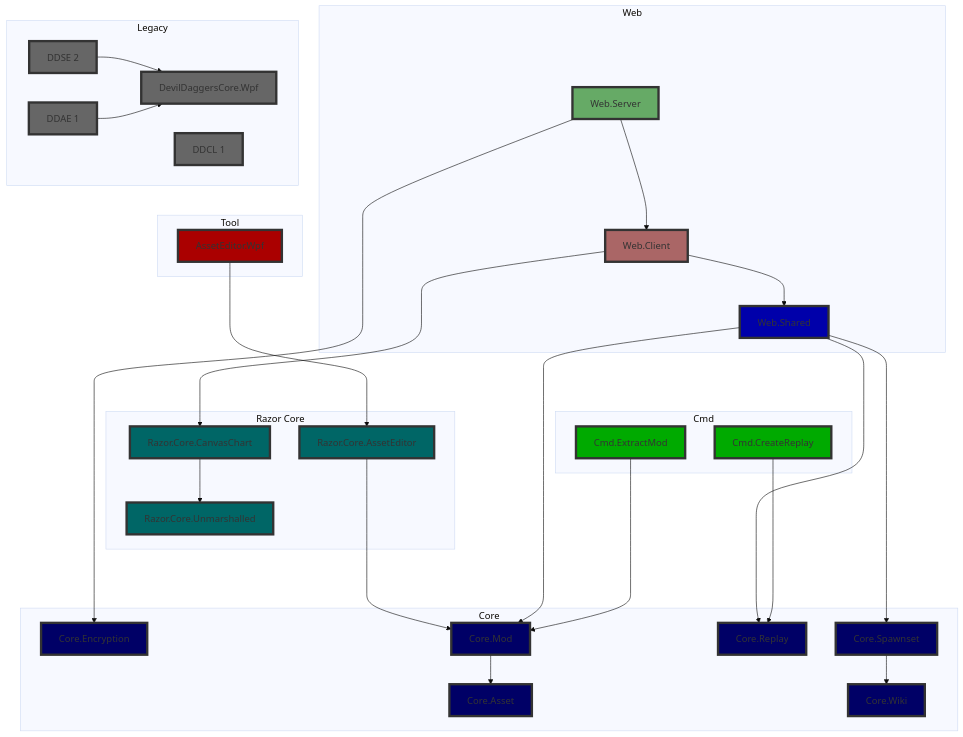
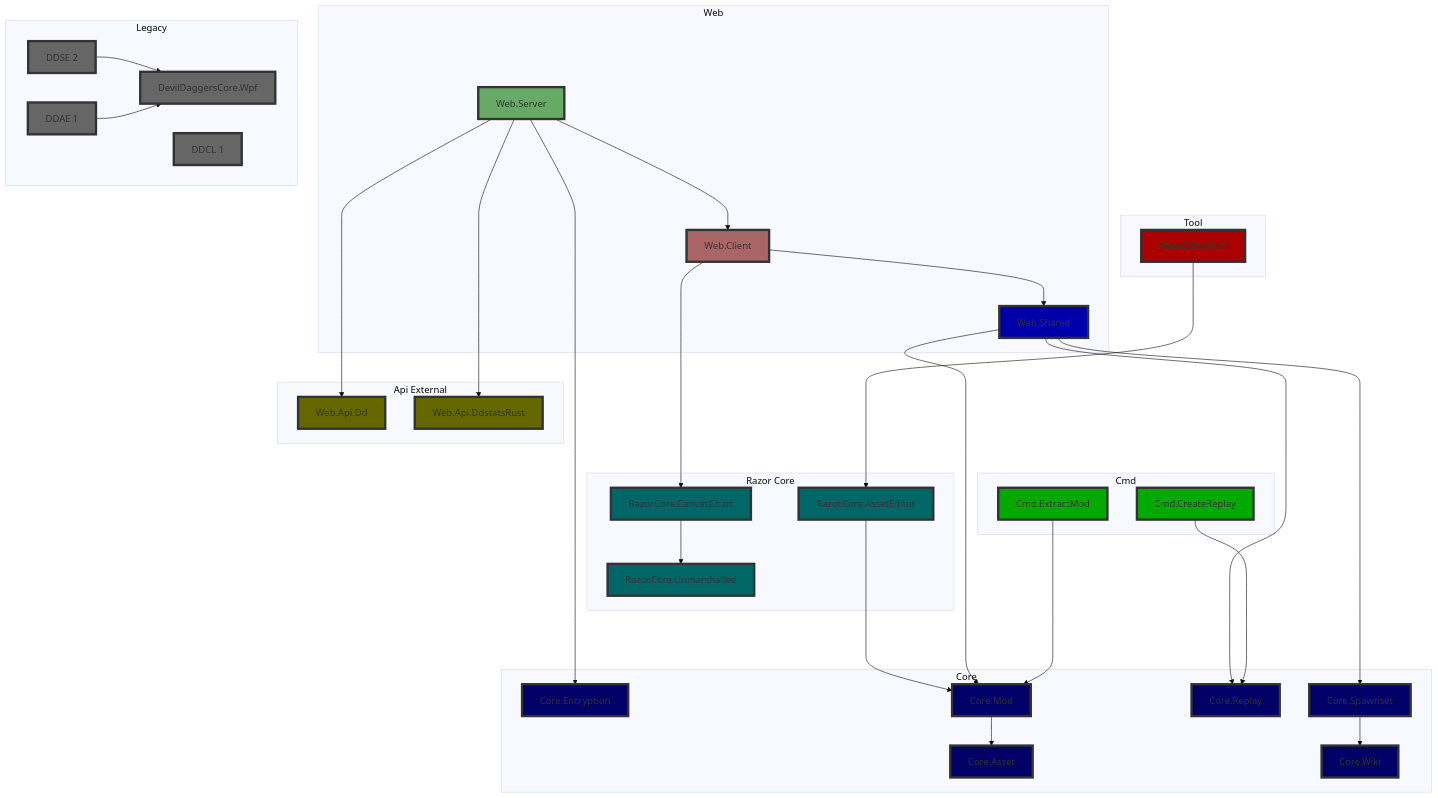
Before and after one commit to NoahStolk/ddinfo-web: the first of 3 diagrams in docs/architecture.md, drawn with Mermaid (base theme).

Commit message:
Update architecture diagram

```diff
--- a/docs/architecture.md
+++ b/docs/architecture.md
@@ -36,6 +36,8 @@
 	web_client[Web.Client]
 	web_server[Web.Server]
 	web_shared[Web.Shared]
+	api_dd[Web.Api.Dd]
+	api_ddrust[Web.Api.DdstatsRust]
 
 	ddse_legacy[DDSE 2]
 	ddcl_legacy[DDCL 1]
@@ -49,6 +51,7 @@
 	class web_client web_client;
 	class web_server web_server;
 	class web_shared web_shared;
+	class api_dd,api_ddrust api;
 
 	class ddse_legacy,ddcl_legacy,ddae_legacy,ddcore_legacy legacy;
 
@@ -59,6 +62,7 @@
 	classDef web_client fill:#a66,stroke:#333,stroke-width:4px;
 	classDef web_server fill:#6a6,stroke:#333,stroke-width:4px;
 	classDef web_shared fill:#00a,stroke:#333,stroke-width:4px;
+	classDef api fill:#660,stroke:#333,stroke-width:4px;
 
 	classDef legacy fill:#666,stroke:#333,stroke-width:4px;
 
@@ -91,6 +95,14 @@
 		asseteditor_wpf ----> razor_core_asseteditor
 	end
 
+	subgraph Api External
+		api_dd
+		api_ddrust
+	end
+
+	web_server ----> api_dd
+	web_server ----> api_ddrust
+
 	subgraph Cmd
 		cmd_createreplay ----> core_replay
 		cmd_extractmod ----> core_mod
```
